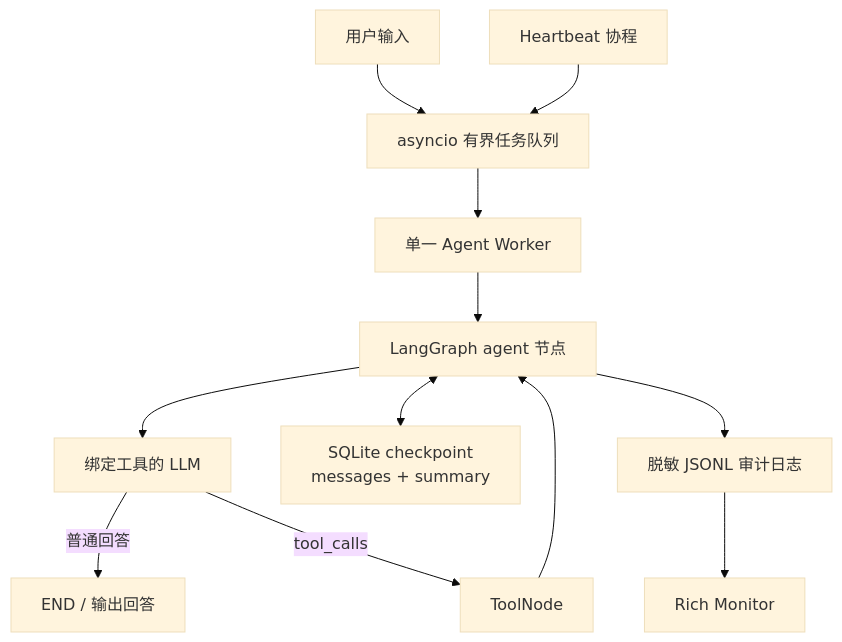
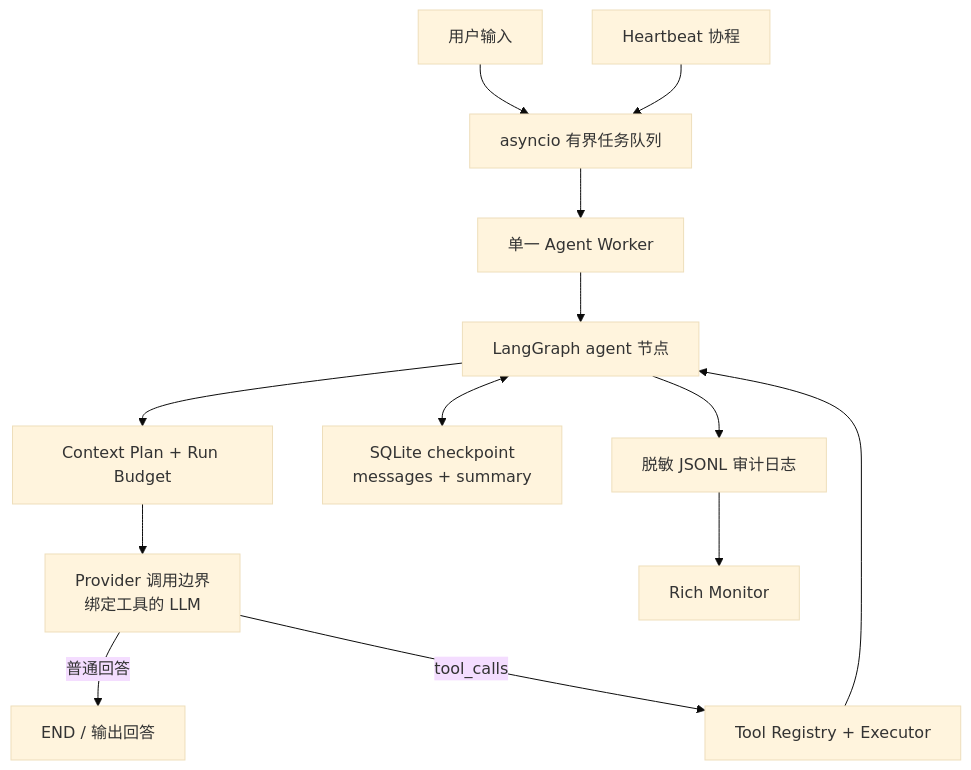
One commit to bulecoder/CyberClaw changed the diagram in notes/interview/cyberclaw-resume-and-interview.md. Above: the diagram before and after it, drawn with Mermaid (base theme). The commit also changed other lines of this file and 2 other files, not shown here.

````diff
--- a/notes/interview/cyberclaw-resume-and-interview.md
+++ b/notes/interview/cyberclaw-resume-and-interview.md
@@ -177,14 +189,15 @@
 ```mermaid
 flowchart TD
     U["用户输入"] --> Q["asyncio 有界任务队列"]
     H["Heartbeat 协程"] --> Q
     Q --> W["单一 Agent Worker"]
     W --> G["LangGraph agent 节点"]
-    G --> L["绑定工具的 LLM"]
+    G --> Ctx["Context Plan + Run Budget"]
+    Ctx --> L["Provider 调用边界\n绑定工具的 LLM"]
     L -->|"普通回答"| E["END / 输出回答"]
-    L -->|"tool_calls"| T["ToolNode"]
+    L -->|"tool_calls"| T["Tool Registry + Executor"]
     T --> G
     G <--> C["SQLite checkpoint\nmessages + summary"]
     G --> A["脱敏 JSONL 审计日志"]
     A --> M["Rich Monitor"]
 ```
````
